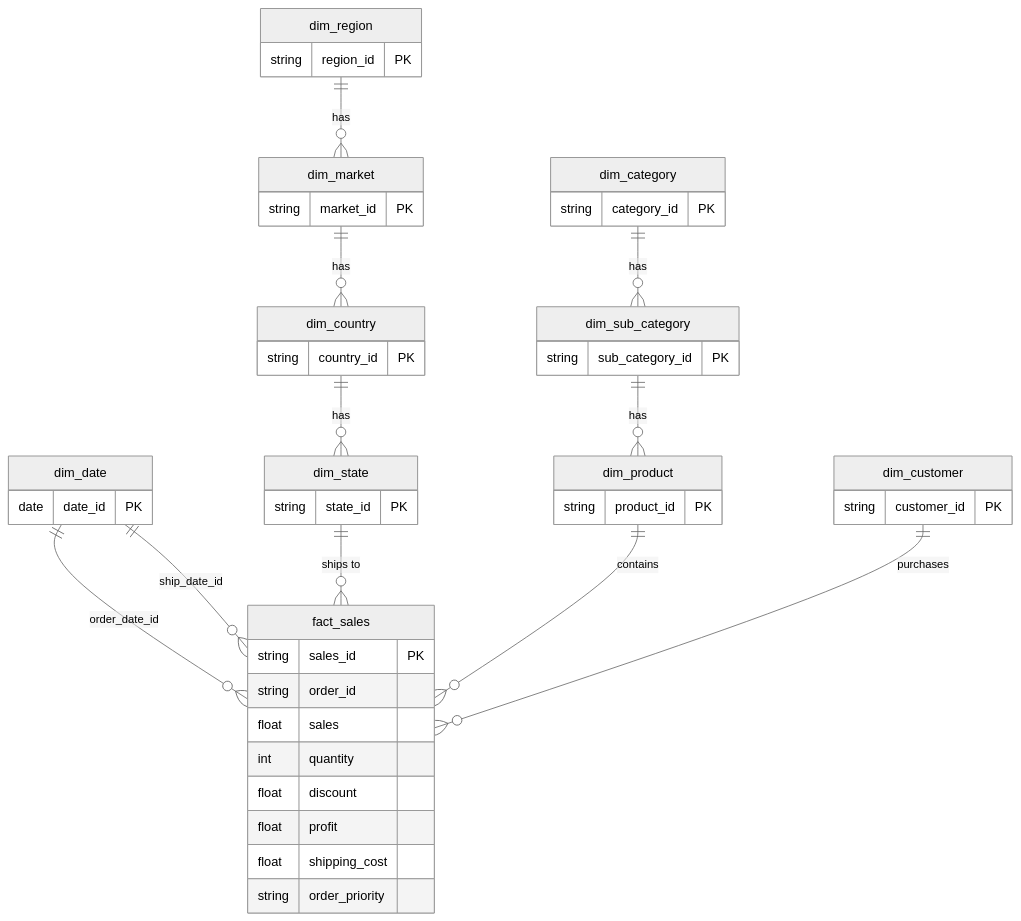
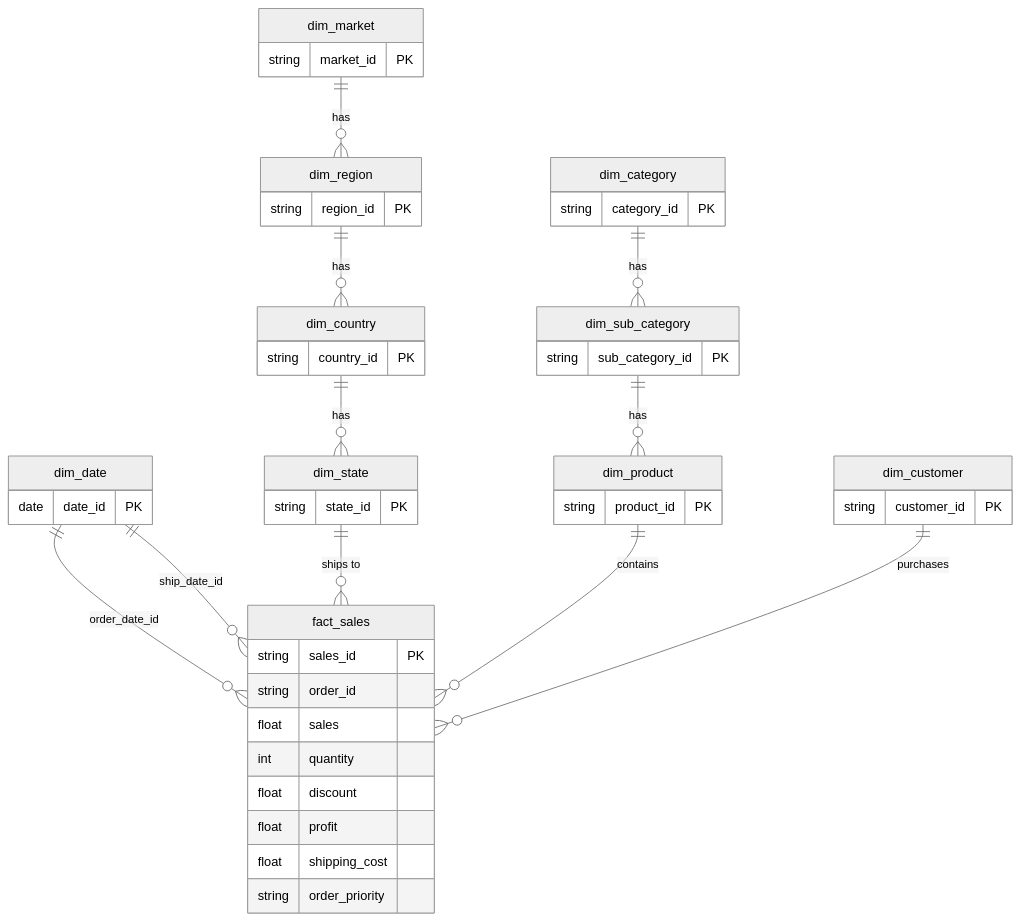
The diagram in README.md (ross-bi/01_Superstore_Sales_Analysis), drawn with Mermaid (neutral theme) before and after one commit. The commit also changed other lines of this file and 33 other files, not shown here.

````diff
--- a/README.md
+++ b/README.md
@@ -76,33 +76,33 @@
 ```mermaid
 erDiagram
     fact_sales {
         string sales_id PK
         string order_id
         float sales
         int quantity
         float discount
         float profit
         float shipping_cost
         string order_priority
     }
     dim_date { date date_id PK }
     dim_customer { string customer_id PK }
     dim_product { string product_id PK }
     dim_sub_category { string sub_category_id PK }
     dim_category { string category_id PK }
     dim_state { string state_id PK }
     dim_country { string country_id PK }
+    dim_region { string region_id PK }
     dim_market { string market_id PK }
-    dim_region { string region_id PK }
 
     dim_date ||--o{ fact_sales : "order_date_id"
     dim_date ||--o{ fact_sales : "ship_date_id"
     dim_state ||--o{ fact_sales : "ships to"
     dim_product ||--o{ fact_sales : "contains"
     dim_customer ||--o{ fact_sales : "purchases"
-    dim_region ||--o{ dim_market : "has"
-    dim_market ||--o{ dim_country : "has"
+    dim_market ||--o{ dim_region : "has"
+    dim_region ||--o{ dim_country : "has"
     dim_country ||--o{ dim_state : "has"
     dim_category ||--o{ dim_sub_category : "has"
     dim_sub_category ||--o{ dim_product : "has"
 ```
````
